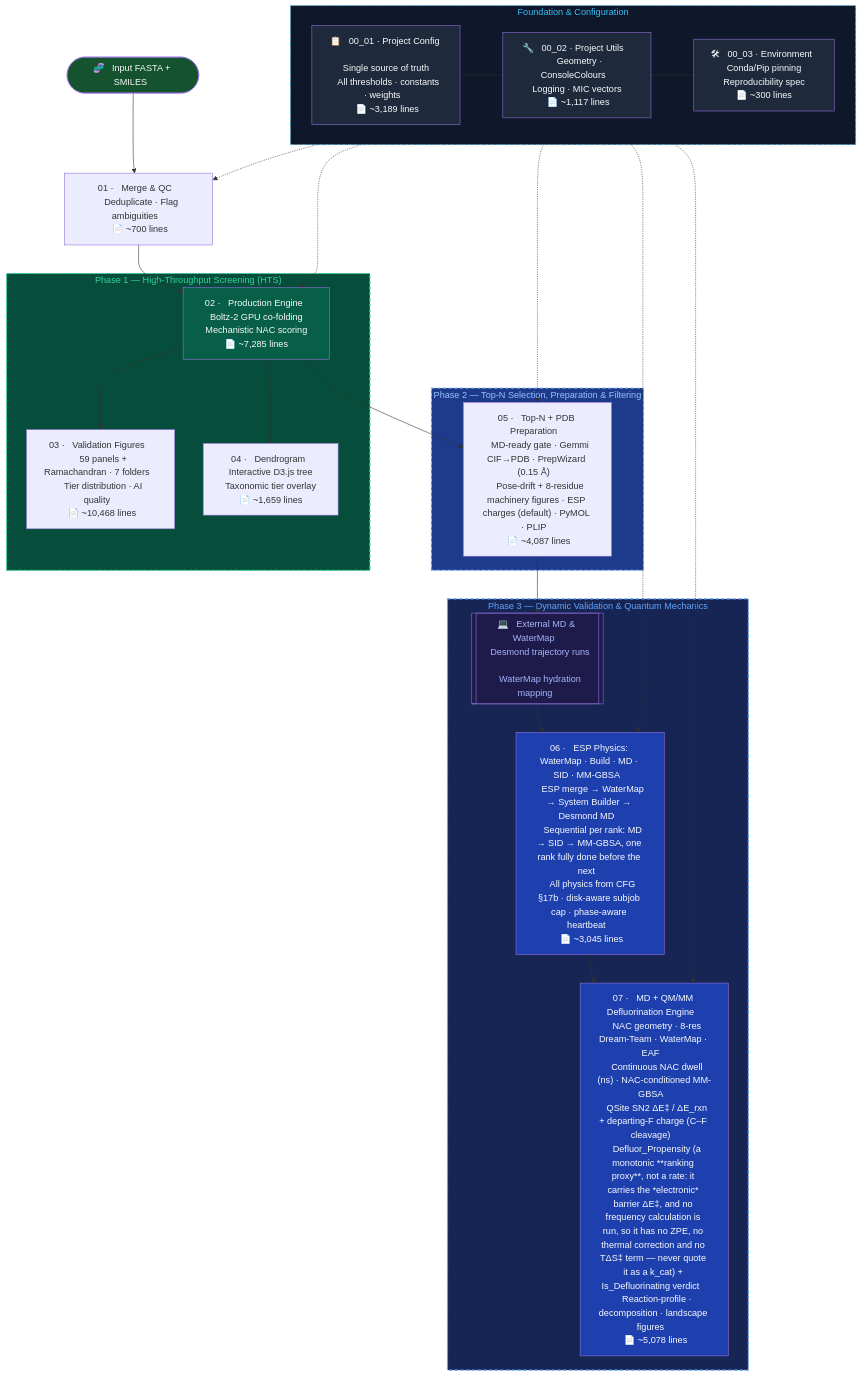
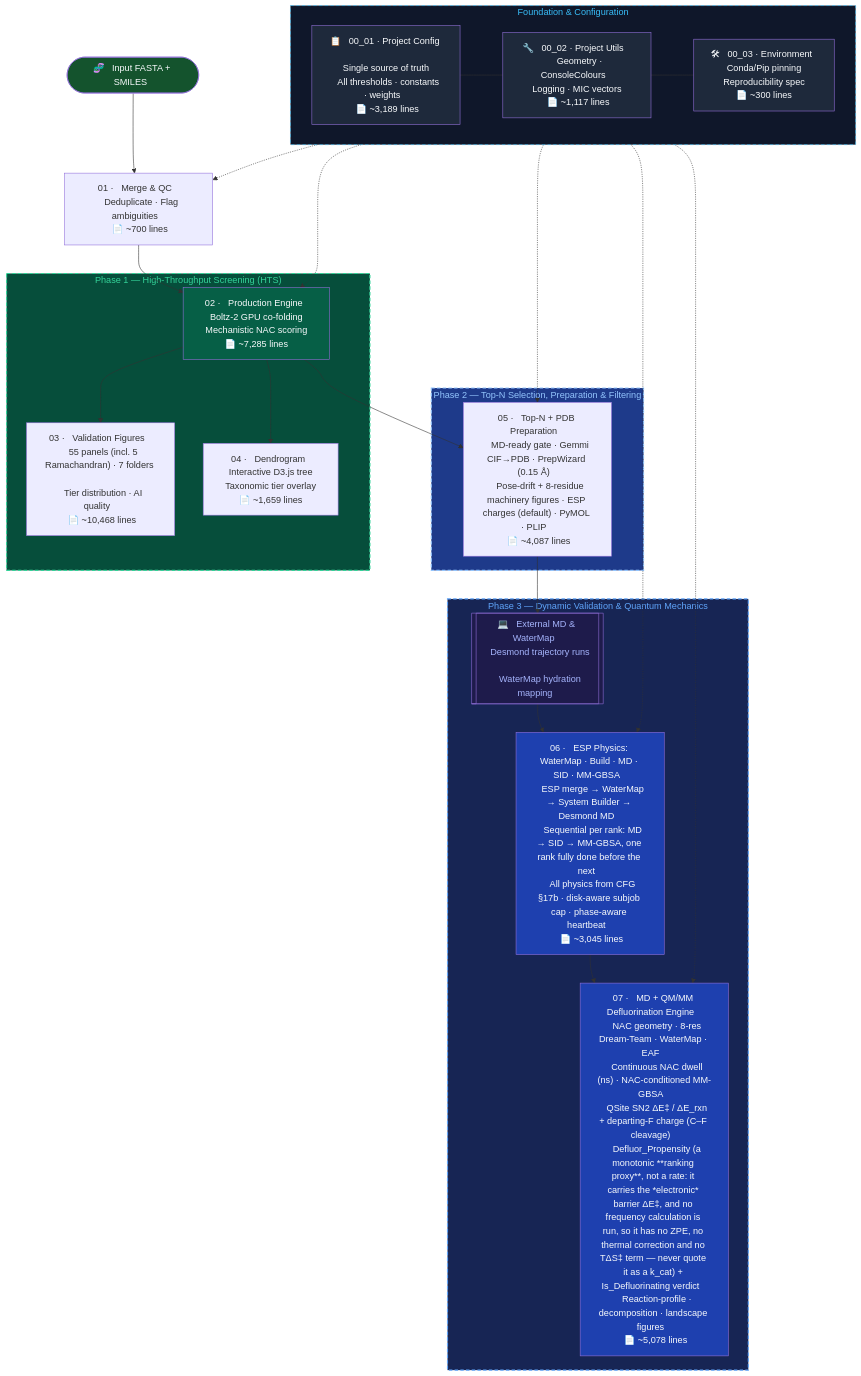
Before and after one commit to KU-MGB/DeFluorX: the diagram in README.md, drawn with Mermaid. The commit also changed other lines of this file and 7 other files, not shown here.

````diff
--- a/README.md
+++ b/README.md
@@ -190,56 +190,56 @@
 ```mermaid
 flowchart TD
     subgraph FOUNDATION["  Foundation & Configuration  "]
         CFG["📋 &nbsp; 00_01 · Project Config &nbsp; \n &nbsp; Single source of truth &nbsp; \n &nbsp; All thresholds · constants · weights &nbsp; \n &nbsp; 📄 ~3,189 lines &nbsp; "]
         UTL["🔧 &nbsp; 00_02 · Project Utils &nbsp; \n &nbsp; Geometry · ConsoleColours &nbsp; \n &nbsp; Logging · MIC vectors &nbsp; \n &nbsp; 📄 ~1,117 lines &nbsp; "]
         ENV["🛠 &nbsp; 00_03 · Environment &nbsp; \n &nbsp; Conda/Pip pinning &nbsp; \n &nbsp; Reproducibility spec &nbsp; \n &nbsp; 📄 ~300 lines &nbsp; "]
         CFG --- UTL --- ENV
     end
 
     START(["🧬 &nbsp; Input FASTA + SMILES &nbsp;"]) --> M1
     M1["01 · &nbsp; Merge & QC &nbsp; \n &nbsp; Deduplicate · Flag ambiguities &nbsp; \n &nbsp; 📄 ~700 lines &nbsp; "] --> M2
 
     subgraph PHASE1["  Phase 1 — High-Throughput Screening (HTS)  "]
         M2["02 · &nbsp; Production Engine &nbsp; \n &nbsp; Boltz-2 GPU co-folding &nbsp; \n &nbsp; Mechanistic NAC scoring &nbsp; \n &nbsp; 📄 ~7,285 lines &nbsp; "]
-        M3["03 · &nbsp; Validation Figures &nbsp; \n &nbsp; 59 panels + Ramachandran · 7 folders &nbsp; \n &nbsp; Tier distribution · AI quality &nbsp; \n &nbsp; 📄 ~10,468 lines &nbsp; "]
+        M3["03 · &nbsp; Validation Figures &nbsp; \n &nbsp; 55 panels (incl. 5 Ramachandran) · 7 folders &nbsp; \n &nbsp; Tier distribution · AI quality &nbsp; \n &nbsp; 📄 ~10,468 lines &nbsp; "]
         M4["04 · &nbsp; Dendrogram &nbsp; \n &nbsp; Interactive D3.js tree &nbsp; \n &nbsp; Taxonomic tier overlay &nbsp; \n &nbsp; 📄 ~1,659 lines &nbsp; "]
         M2 --> M3
         M2 --> M4
     end
 
     M2 --> M5
 
     subgraph PHASE2["  Phase 2 — Top-N Selection, Preparation & Filtering  "]
         M5["05 · &nbsp; Top-N + PDB Preparation &nbsp; \n &nbsp; MD-ready gate · Gemmi CIF→PDB · PrepWizard (0.15 Å) &nbsp; \n &nbsp; Pose-drift + 8-residue machinery figures · ESP charges (default) · PyMOL · PLIP &nbsp; \n &nbsp; 📄 ~4,087 lines &nbsp; "]
     end
 
     M5 --> EXT_MD
 
     subgraph PHASE3["  Phase 3 — Dynamic Validation & Quantum Mechanics  "]
         EXT_MD[["💻 &nbsp; External MD & WaterMap &nbsp; \n &nbsp; Desmond trajectory runs &nbsp; \n &nbsp; WaterMap hydration mapping &nbsp;"]]
         M6["06 · &nbsp; ESP Physics: WaterMap · Build · MD · SID · MM-GBSA &nbsp; \n &nbsp; ESP merge → WaterMap → System Builder → Desmond MD &nbsp; \n &nbsp; Sequential per rank: MD → SID → MM-GBSA, one rank fully done before the next &nbsp; \n &nbsp; All physics from CFG §17b · disk-aware subjob cap · phase-aware heartbeat &nbsp; \n &nbsp; 📄 ~3,045 lines &nbsp; "]
         M7["07 · &nbsp; MD + QM/MM Defluorination Engine &nbsp; \n &nbsp; NAC geometry · 8-res Dream-Team · WaterMap · EAF &nbsp; \n &nbsp; Continuous NAC dwell (ns) · NAC-conditioned MM-GBSA &nbsp; \n &nbsp; QSite SN2 ΔE‡ / ΔE_rxn + departing-F charge (C–F cleavage) &nbsp; \n &nbsp; Defluor_Propensity (a monotonic **ranking proxy**, not a rate: it carries the *electronic* barrier ΔE‡, and no frequency calculation is run, so it has no ZPE, no thermal correction and no TΔS‡ term — never quote it as a k_cat) + Is_Defluorinating verdict &nbsp; \n &nbsp; Reaction-profile · decomposition · landscape figures &nbsp; \n &nbsp; 📄 ~5,078 lines &nbsp; "]
         EXT_MD --> M6 --> M7
     end
 
     %% Dependencies
     FOUNDATION -.-> M1
     FOUNDATION -.-> M2
     FOUNDATION -.-> M5
     FOUNDATION -.-> M6
     FOUNDATION -.-> M7
 
     style FOUNDATION fill:#0f172a,color:#38bdf8,stroke:#38bdf8
     style CFG fill:#1e293b,color:#f8fafc
     style UTL fill:#1e293b,color:#f8fafc
     style ENV fill:#1e293b,color:#f8fafc
     style PHASE1 fill:#064e3b,color:#34d399,stroke:#34d399,stroke-width:2px,stroke-dasharray: 6 4
     style PHASE2 fill:#1e3a8a,color:#93c5fd,stroke:#93c5fd,stroke-width:2px,stroke-dasharray: 6 4
     style PHASE3 fill:#172554,color:#60a5fa,stroke:#60a5fa,stroke-width:2px,stroke-dasharray: 6 4
     style FOUNDATION stroke-dasharray: 6 4
     style M2 fill:#065f46,color:#f8fafc
     style M6 fill:#1e40af,color:#f8fafc
     style M7 fill:#1e40af,color:#f8fafc
     style START fill:#14532d,color:#f8fafc
     style EXT_MD fill:#1e1b4b,color:#a5b4fc
 ```
````
